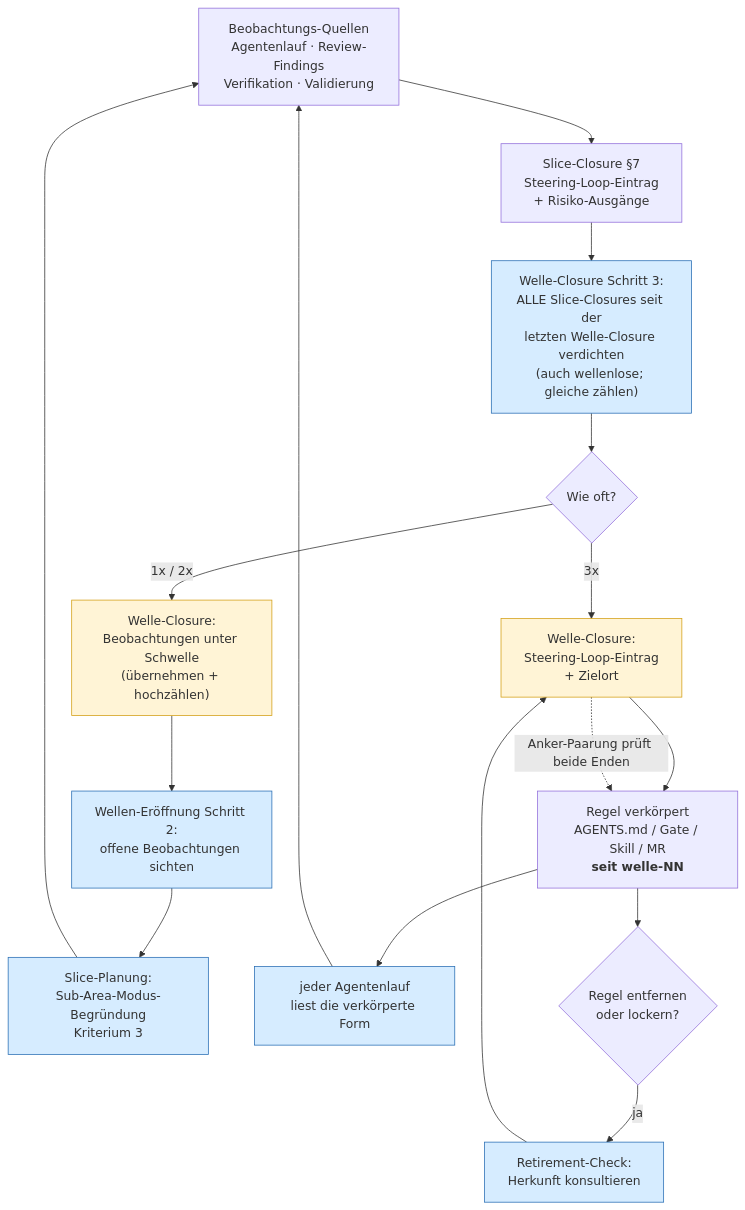
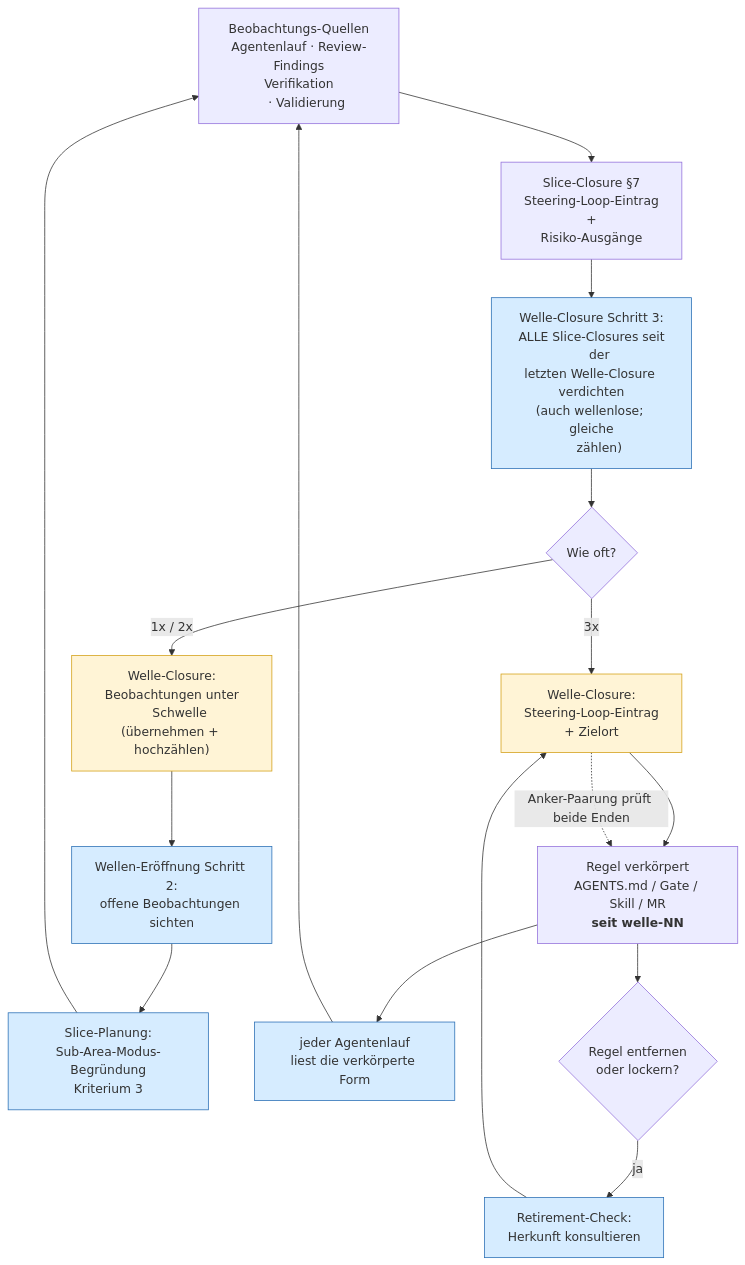
The fourth of 4 diagrams in kurs/de/grundlagen/konventionen.md (pt9912/ai-harness-course), drawn with Mermaid before and after one commit. The commit also changed other lines of this file and 13 other files, not shown here.

````diff
--- a/kurs/de/grundlagen/konventionen.md
+++ b/kurs/de/grundlagen/konventionen.md
@@ -795,28 +859,33 @@
 ```mermaid
 flowchart TB
-    A["Beobachtungs-Quellen<br/>Agentenlauf · Review-Findings<br/>Verifikation · Validierung"] --> B["Slice-Closure §7<br/>Steering-Loop-Eintrag<br/>+ Risiko-Ausgänge"]
-    B --> V["Welle-Closure Schritt 3:<br/>ALLE Slice-Closures seit der<br/>letzten Welle-Closure verdichten<br/>(auch wellenlose; gleiche zählen)"]
+    A["Beobachtungs-Quellen<br/>Agentenlauf · Review-Findings<br/>Verifikation
+    · Validierung"] --> B["Slice-Closure §7<br/>Steering-Loop-Eintrag<br/>+
+    Risiko-Ausgänge"]
+    B --> V["Welle-Closure Schritt 3:<br/>ALLE Slice-Closures seit
+    der<br/>letzten Welle-Closure verdichten<br/>(auch wellenlose; gleiche
+    zählen)"]
     V --> C{"Wie oft?"}
-    C -- "1x / 2x" --> D["Welle-Closure:<br/>Beobachtungen unter Schwelle<br/>(übernehmen + hochzählen)"]
+    C -- "1x / 2x" --> D["Welle-Closure:<br/>Beobachtungen unter
+    Schwelle<br/>(übernehmen + hochzählen)"]
     C -- "3x" --> E["Welle-Closure:<br/>Steering-Loop-Eintrag<br/>+ Zielort"]
 
     D --> F["Wellen-Eröffnung Schritt 2:<br/>offene Beobachtungen sichten"]
     F --> G["Slice-Planung:<br/>Sub-Area-Modus-Begründung<br/>Kriterium 3"]
     G --> A
 
     E --> H["Regel verkörpert<br/>AGENTS.md / Gate / Skill / MR<br/><b>seit welle-NN</b>"]
     H --> I["jeder Agentenlauf<br/>liest die verkörperte Form"]
     I --> A
     E -. "Anker-Paarung prüft beide Enden" .-> H
     H --> J{"Regel entfernen<br/>oder lockern?"}
     J -- "ja" --> K["Retirement-Check:<br/>Herkunft konsultieren"]
     K --> E
 
     style V fill:#d6ecff,stroke:#2a6fb5
     style D fill:#fff4d6,stroke:#d4a017
     style E fill:#fff4d6,stroke:#d4a017
     style F fill:#d6ecff,stroke:#2a6fb5
     style G fill:#d6ecff,stroke:#2a6fb5
     style I fill:#d6ecff,stroke:#2a6fb5
     style K fill:#d6ecff,stroke:#2a6fb5
 ```
````
